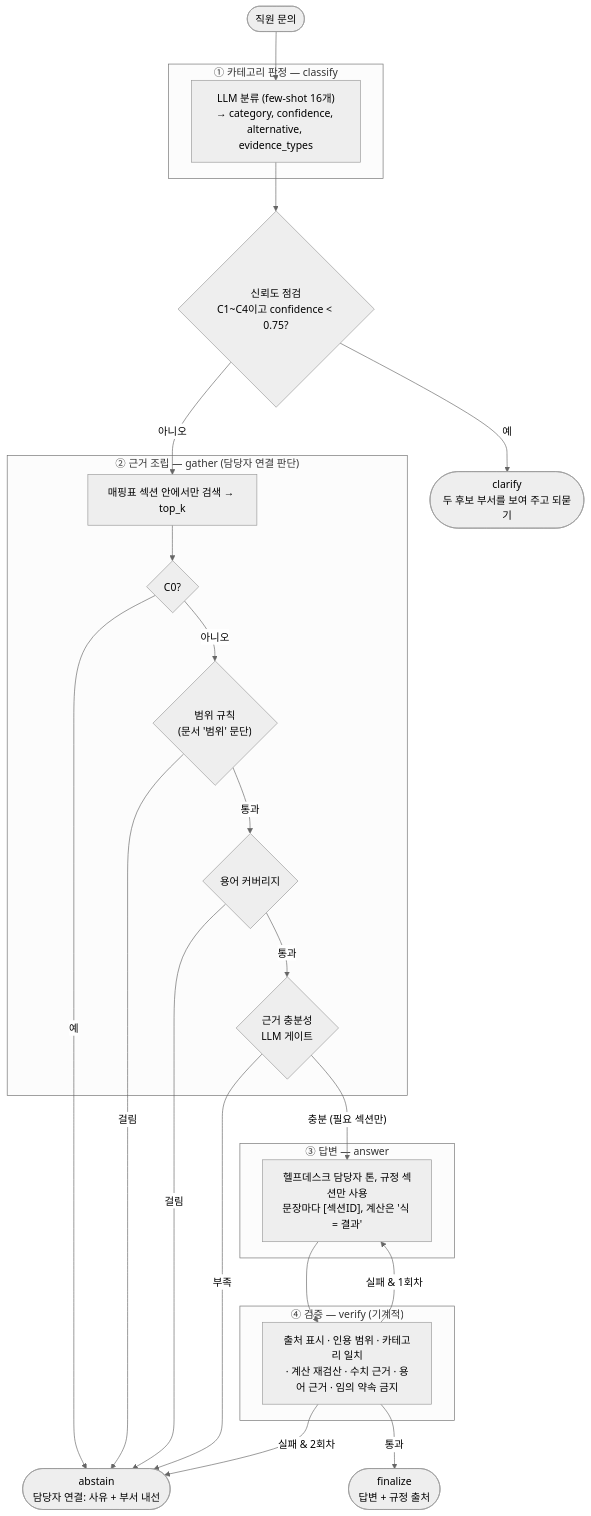
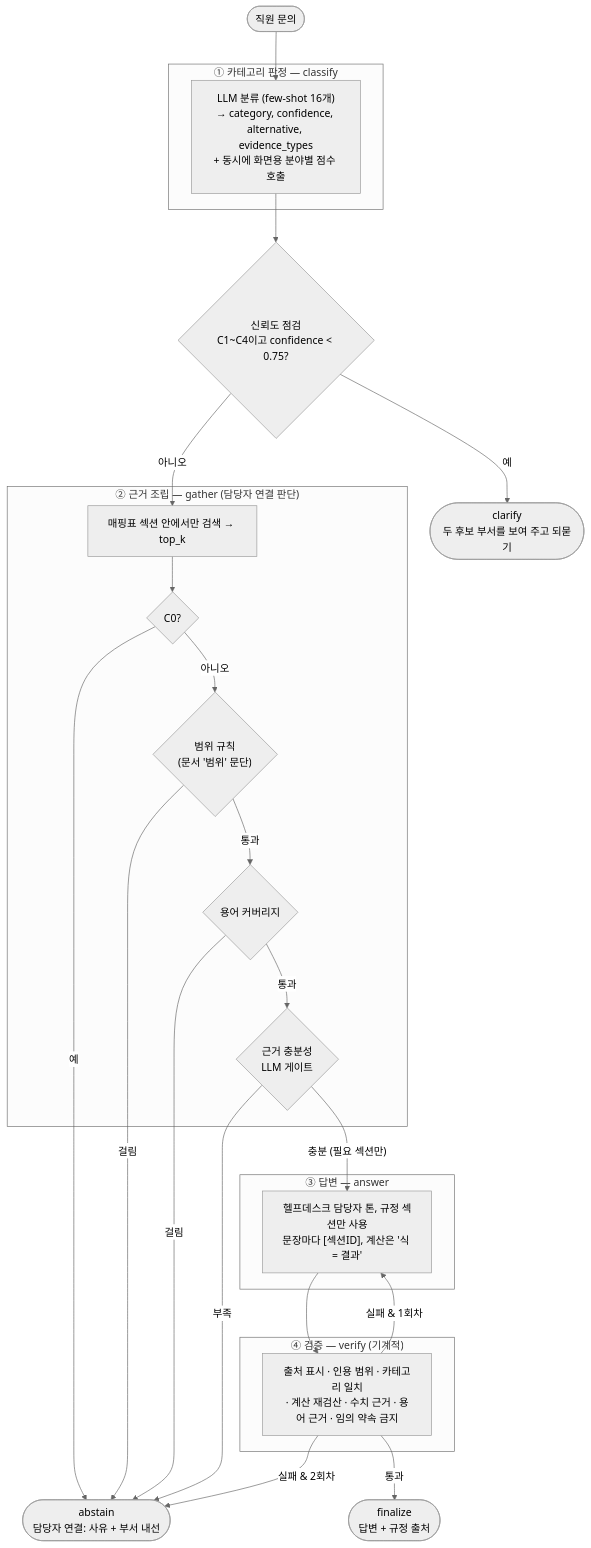
Before and after one commit to rubilisa08/office-helpdesk-agent: the diagram in REPORT.md, drawn with Mermaid (neutral theme). The commit also changed other lines of this file and 12 other files, not shown here.

````diff
--- a/REPORT.md
+++ b/REPORT.md
@@ -167,40 +172,40 @@
 ```mermaid
 flowchart TD
     START([직원 문의]) --> classify
 
     subgraph N1["① 카테고리 판정 — classify"]
-        classify["LLM 분류 (few-shot 16개)<br/>→ category, confidence, alternative, evidence_types"]
+        classify["LLM 분류 (few-shot 16개)<br/>→ category, confidence, alternative, evidence_types<br/>+ 동시에 화면용 분야별 점수 호출"]
     end
 
     classify --> check_confidence{"신뢰도 점검<br/>C1~C4이고 confidence < 0.75?"}
     check_confidence -- 예 --> clarify([clarify<br/>두 후보 부서를 보여 주고 되묻기])
     check_confidence -- 아니오 --> gather
 
     subgraph N2["② 근거 조립 — gather (담당자 연결 판단)"]
         gather["매핑표 섹션 안에서만 검색 → top_k"]
         gather --> g0{"C0?"}
         g0 -- 아니오 --> g1{"범위 규칙<br/>(문서 '범위' 문단)"}
         g1 -- 통과 --> g2{"용어 커버리지"}
         g2 -- 통과 --> g3{"근거 충분성<br/>LLM 게이트"}
     end
 
     g0 -- 예 --> abstain
     g1 -- 걸림 --> abstain
     g2 -- 걸림 --> abstain
     g3 -- 부족 --> abstain
     g3 -- "충분 (필요 섹션만)" --> answer
 
     subgraph N3["③ 답변 — answer"]
         answer["헬프데스크 담당자 톤, 규정 섹션만 사용<br/>문장마다 [섹션ID], 계산은 '식 = 결과'"]
     end
 
     answer --> verify
 
     subgraph N4["④ 검증 — verify (기계적)"]
         verify["출처 표시 · 인용 범위 · 카테고리 일치<br/>· 계산 재검산 · 수치 근거 · 용어 근거 · 임의 약속 금지"]
     end
 
     verify -- 통과 --> finalize([finalize<br/>답변 + 규정 출처])
     verify -- "실패 & 1회차" --> answer
     verify -- "실패 & 2회차" --> abstain([abstain<br/>담당자 연결: 사유 + 부서 내선])
 ```
````
